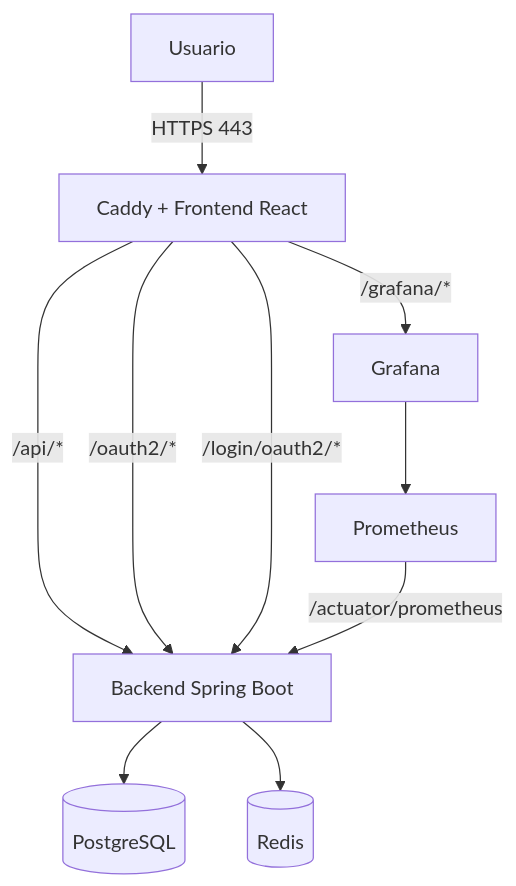
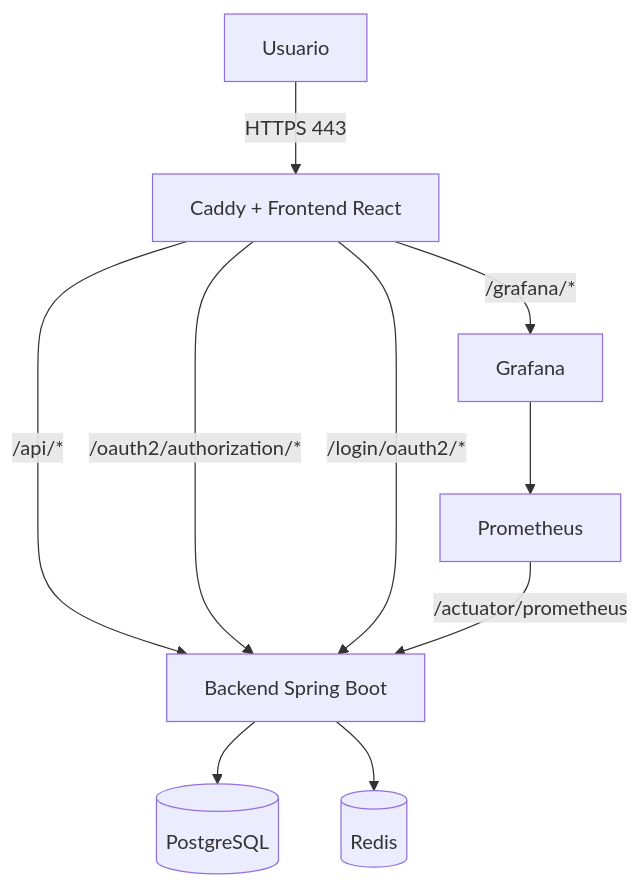
The diagram in DEPLOY.md (mateoaguirrecancela/CorpusLab), drawn with Mermaid before and after one commit. The commit also changed other lines of this file and 4 other files, not shown here.

````diff
--- a/DEPLOY.md
+++ b/DEPLOY.md
@@ -11,12 +25,12 @@
 ```mermaid
 flowchart TD
   U[Usuario] -->|HTTPS 443| C[Caddy + Frontend React]
   C -->|/api/*| B[Backend Spring Boot]
-  C -->|/oauth2/*| B
+  C -->|/oauth2/authorization/*| B
   C -->|/login/oauth2/*| B
   C -->|/grafana/*| G[Grafana]
   B --> P[(PostgreSQL)]
   B --> R[(Redis)]
   M[Prometheus] -->|/actuator/prometheus| B
   G --> M
 ```
````
